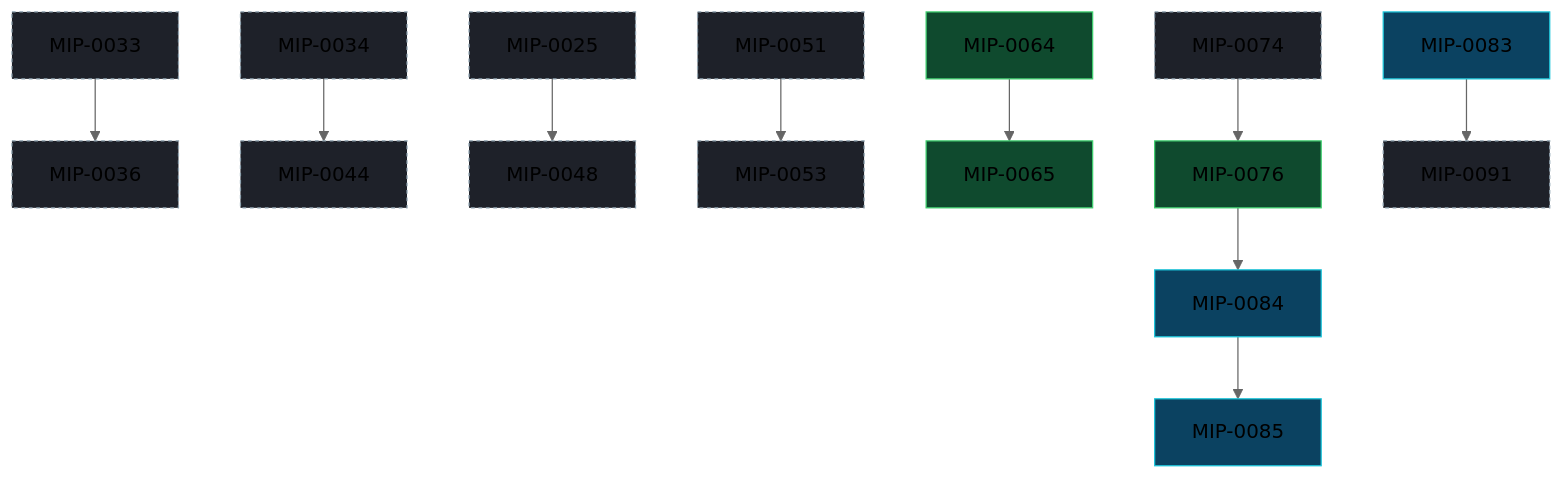
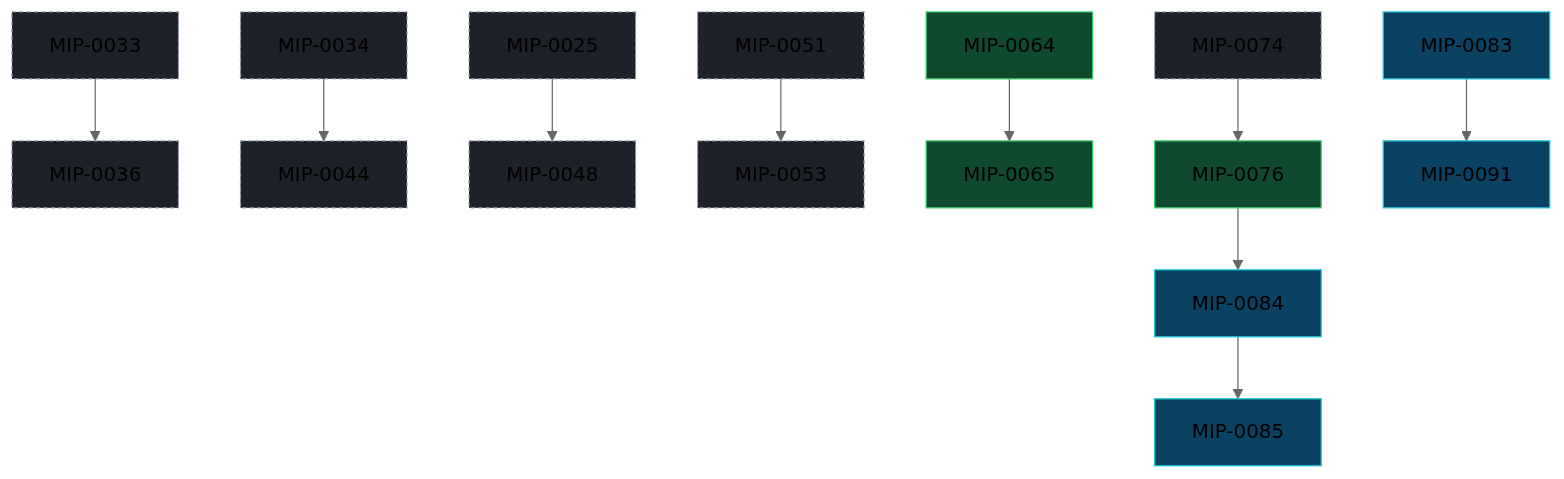
Before and after one commit to marola-dev/marola: the diagram in docs/MIPs/README.md, drawn with Mermaid (neutral theme). The commit also changed other lines of this file and 1 other file, not shown here.

Commit message:
docs(mips): MIP-0091 Accepted after Hoffmann's initial review, needs refinement
The Status row records the review of 2026-10-13 and that the refinement comes before the task
list; the readiness table's Manually reviewed row names the reviewer and the date, and the Tasks
and Issues rows say what they wait on. The index row and the graph block follow (M0091 is now an
accepted node).

Tested: mip_graph.py --check current after regenerating the graph block; the devkit's docs_lint.py clean, run directly (no nix shell in this session); ci-only otherwise

````diff
--- a/docs/MIPs/README.md
+++ b/docs/MIPs/README.md
@@ -99,32 +99,32 @@
 ```mermaid
 flowchart TD
   classDef draft fill:#1e2129,stroke:#8fa3b0,stroke-dasharray:3 3;
   classDef accepted fill:#0b4261,stroke:#1ac5da;
   classDef implemented fill:#0f4a2e,stroke:#3ecf6e;
   classDef rejected fill:#2a2d35,stroke:#666,color:#999;
   M0025["MIP-0025"]:::draft
   M0033["MIP-0033"]:::draft
   M0034["MIP-0034"]:::draft
   M0036["MIP-0036"]:::draft
   M0044["MIP-0044"]:::draft
   M0048["MIP-0048"]:::draft
   M0051["MIP-0051"]:::draft
   M0053["MIP-0053"]:::draft
   M0064["MIP-0064"]:::implemented
   M0065["MIP-0065"]:::implemented
   M0074["MIP-0074"]:::draft
   M0076["MIP-0076"]:::implemented
   M0083["MIP-0083"]:::accepted
   M0084["MIP-0084"]:::accepted
   M0085["MIP-0085"]:::accepted
-  M0091["MIP-0091"]:::draft
+  M0091["MIP-0091"]:::accepted
   M0025 --> M0048
   M0033 --> M0036
   M0034 --> M0044
   M0051 --> M0053
   M0064 --> M0065
   M0074 --> M0076
   M0076 --> M0084
   M0083 --> M0091
   M0084 --> M0085
 ```
````
